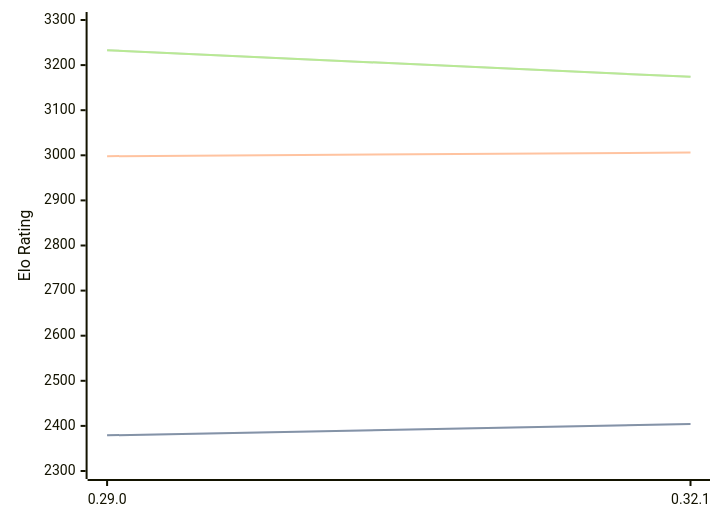
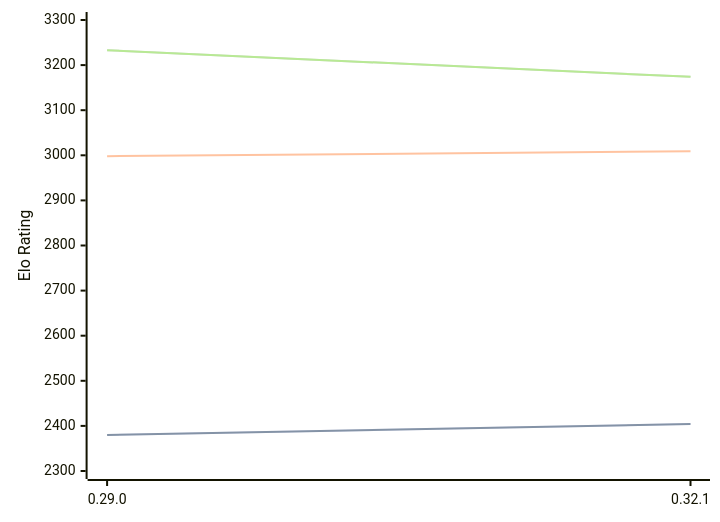
One commit to computer-chess-index/cci changed the diagram in engines/Lc0.md. Above: the diagram before and after it, drawn with Mermaid. The commit also changed other lines of this file, not shown here.

````diff
--- a/engines/Lc0.md
+++ b/engines/Lc0.md
@@ -32,11 +32,11 @@
 ```mermaid
 %%{init: {"theme":"base","themeVariables":{"seriesColors:['#a3a3a3','#222221','#faa371']}}}%%
 xychart-beta
   x-axis ["0.29.0", "0.32.1"]
   y-axis "Elo Rating" 2300 --> 3300
-  line "" [2379, 2404]
-  line "STC (8.0+0.08s)" [2379, 2404]
-  line "LTC (60.0+0.60s)" [2998, 3006]
+  line "" [2380, 2404]
+  line "STC (8.0+0.08s)" [2380, 2404]
+  line "LTC (60.0+0.60s)" [2998, 3009]
   line "" [3233, 3174]
   line "VLTC (2m24s+1.12s)" [3233, 3174]
 ```
````
